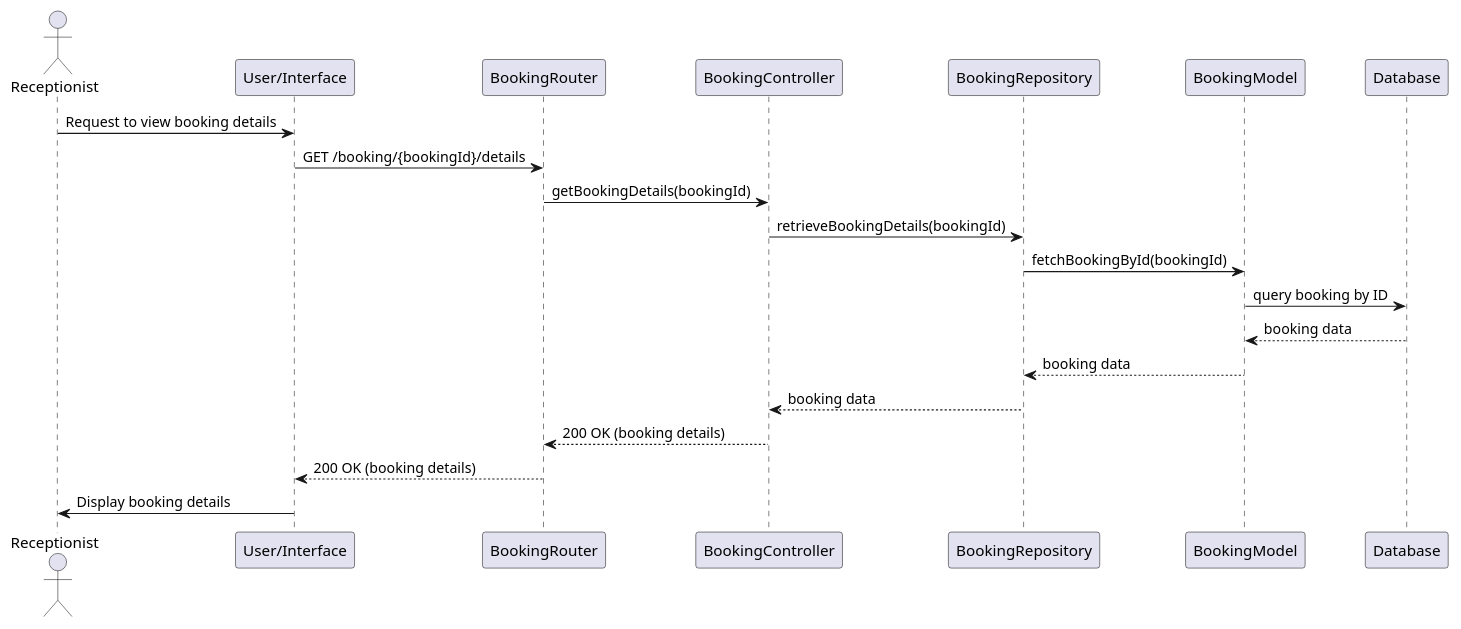
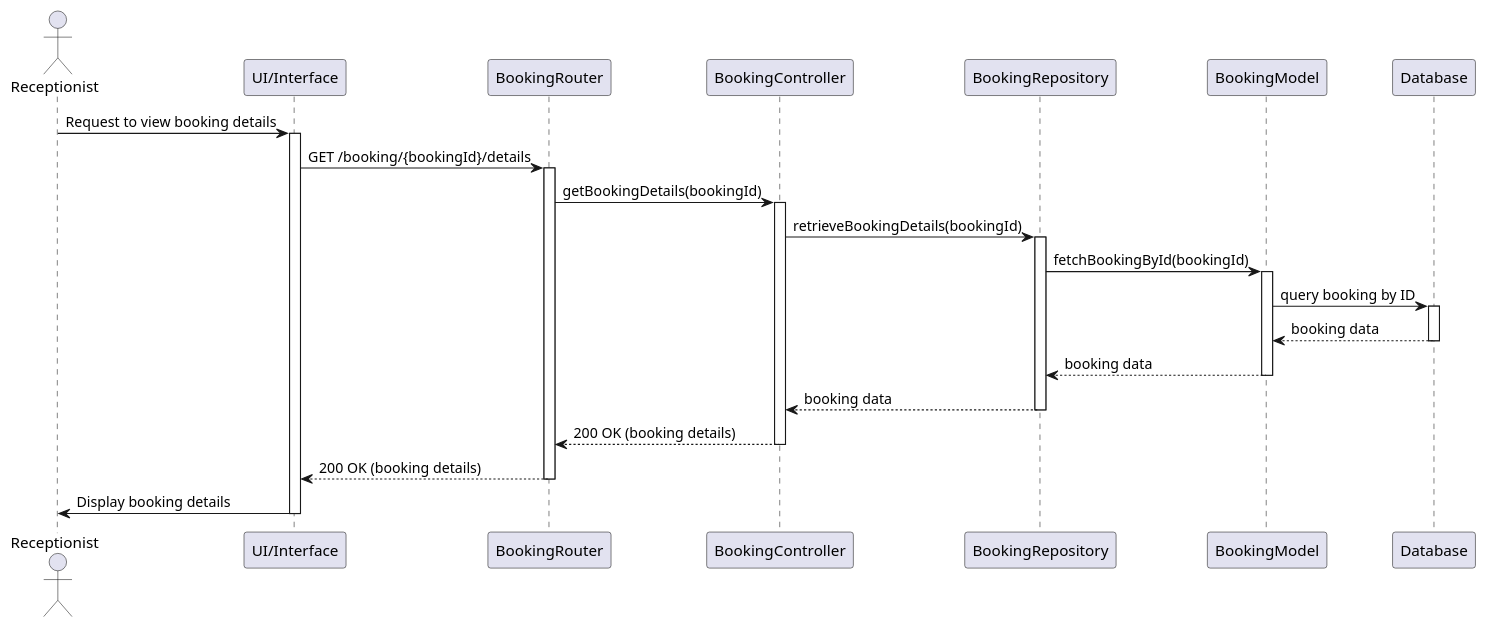
The diagram in backend/ClassDiagram/Sequence_Receptionist/View_booking_detail.puml (trongend123/HuongSen), drawn with PlantUML before and after one commit. The commit also changed 162 other files, not shown here.

Commit message:
add sequence

```diff
--- a/backend/ClassDiagram/Sequence_Receptionist/View_booking_detail.puml
+++ b/backend/ClassDiagram/Sequence_Receptionist/View_booking_detail.puml
@@ -1,24 +1,36 @@
 @startuml
 actor Receptionist
-participant "User/Interface" as UI
+participant "UI/Interface" as UI
 participant "BookingRouter" as Router
 participant "BookingController" as Controller
 participant "BookingRepository" as Repository
 participant "BookingModel" as BookingModel
 participant "Database" as DB
 
 Receptionist -> UI: Request to view booking details
+activate UI
 UI -> Router: GET /booking/{bookingId}/details
+activate Router
 Router -> Controller: getBookingDetails(bookingId)
+activate Controller
 Controller -> Repository: retrieveBookingDetails(bookingId)
+activate Repository
 
 Repository -> BookingModel: fetchBookingById(bookingId)
+activate BookingModel
 BookingModel -> DB: query booking by ID
+activate DB
 DB --> BookingModel: booking data
+deactivate DB
 BookingModel --> Repository: booking data
+deactivate BookingModel
 Repository --> Controller: booking data
+deactivate Repository
 
 Controller --> Router: 200 OK (booking details)
+deactivate Controller
 Router --> UI: 200 OK (booking details)
+deactivate Router
 UI -> Receptionist: Display booking details
+deactivate UI
 @enduml
```
